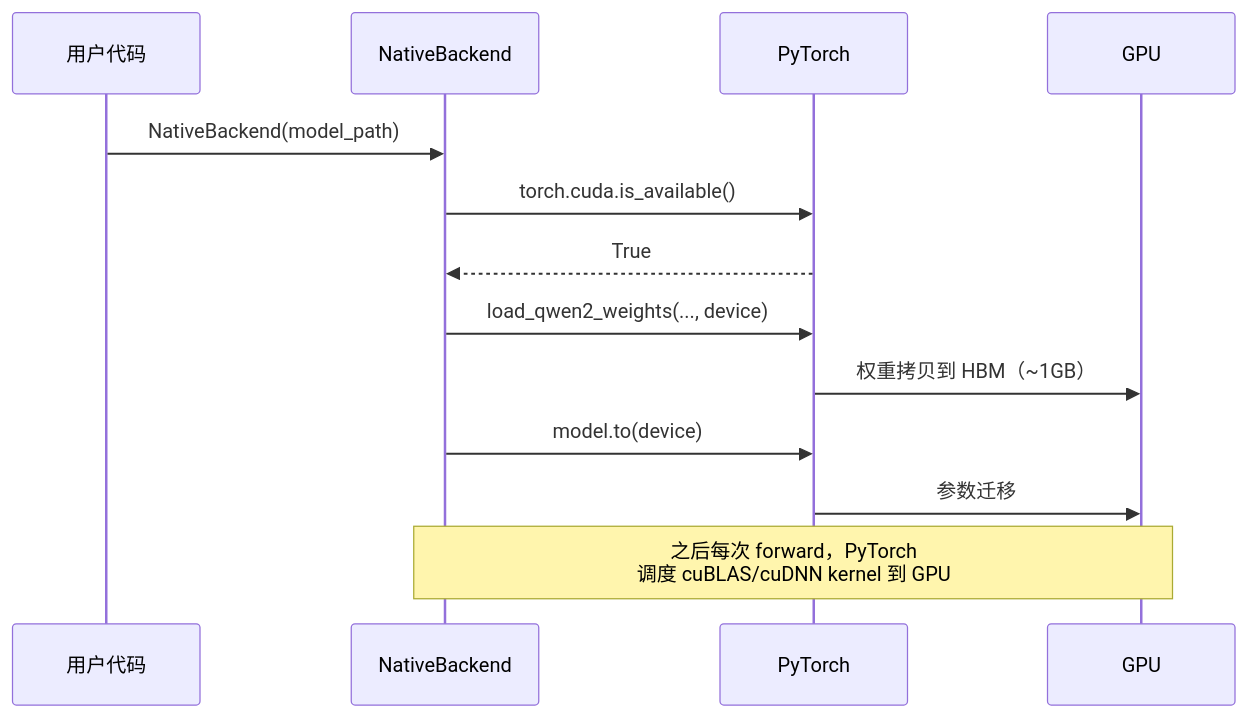
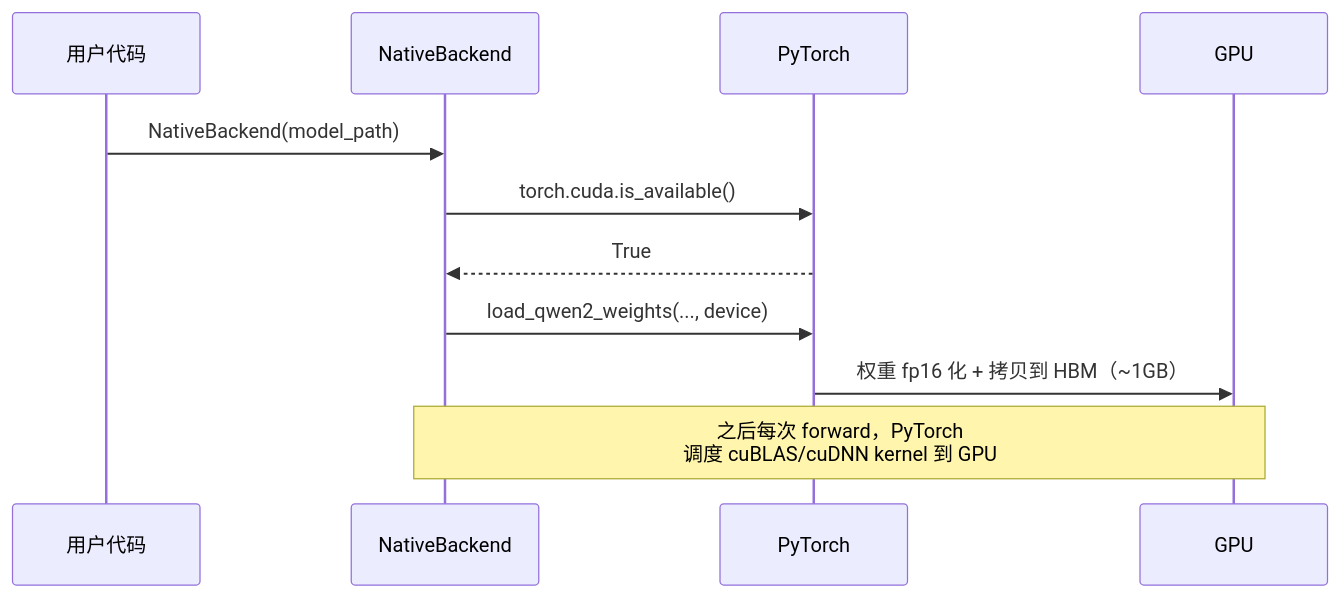
The fourth of 5 diagrams in book/part1_fundamentals/ch02_gpu_architecture.md (KIOSHIROI/mini-runtime), drawn with Mermaid before and after one commit. The commit also changed other lines of this file and 8 other files, not shown here.

````diff
--- a/book/part1_fundamentals/ch02_gpu_architecture.md
+++ b/book/part1_fundamentals/ch02_gpu_architecture.md
@@ -216,15 +216,13 @@
 ```mermaid
 sequenceDiagram
     participant U as 用户代码
     participant NB as NativeBackend
     participant T as PyTorch
     participant G as GPU
     U->>NB: NativeBackend(model_path)
     NB->>T: torch.cuda.is_available()
     T-->>NB: True
     NB->>T: load_qwen2_weights(..., device)
-    T->>G: 权重拷贝到 HBM（~1GB）
-    NB->>T: model.to(device)
-    T->>G: 参数迁移
+    T->>G: 权重 fp16 化 + 拷贝到 HBM（~1GB）
     Note over NB,G: 之后每次 forward，PyTorch<br/>调度 cuBLAS/cuDNN kernel 到 GPU
 ```
````
